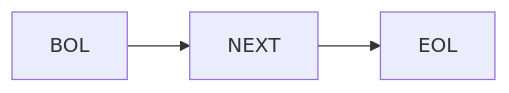
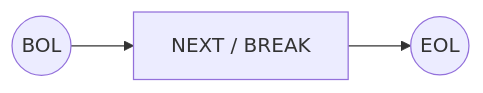
The sixth of 17 diagrams in documentation/nfsm.md (rewhowe/snapdragon), drawn with Mermaid before and after one commit. The commit also changed other lines of this file and 187 other files, not shown here.

````diff
--- a/documentation/nfsm.md
+++ b/documentation/nfsm.md
@@ -127,6 +143,6 @@
 ```mermaid
 graph LR
-  BOL --> NEXT
+  BOL((BOL)) --> NEXT_BREAK["NEXT / BREAK"]
 
-  NEXT --> EOL
+  NEXT_BREAK --> EOL((EOL))
 ```
````
